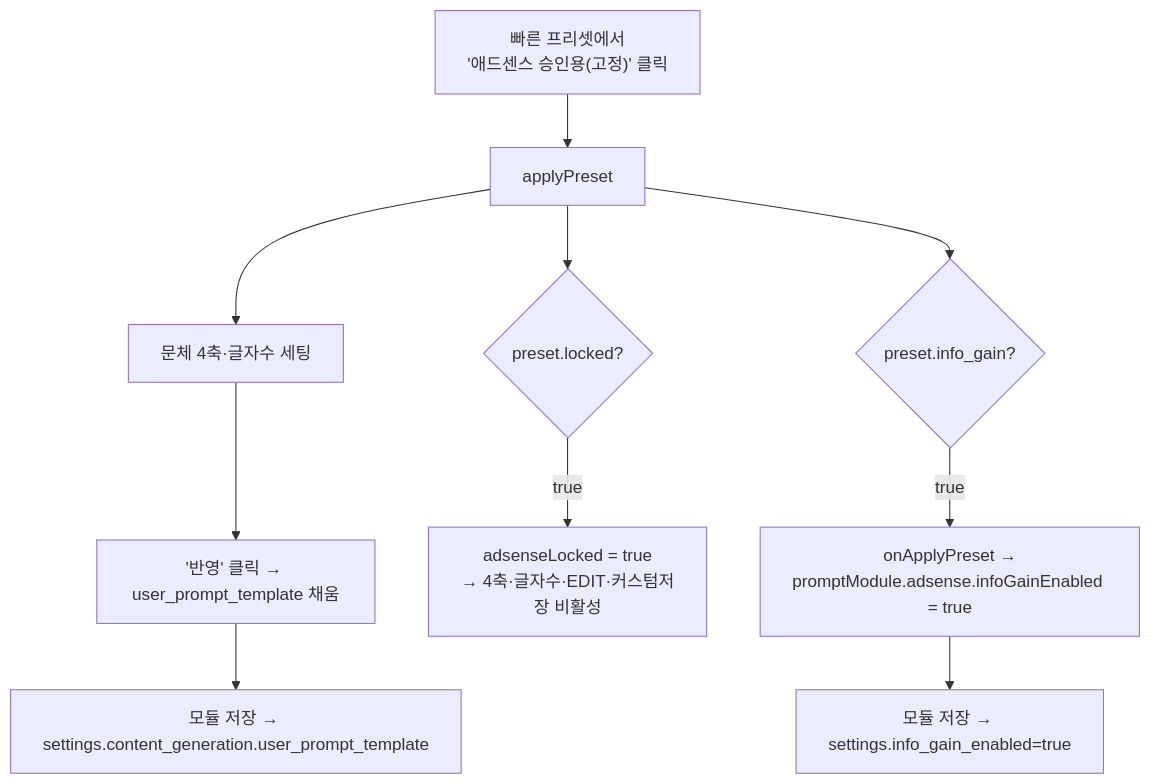
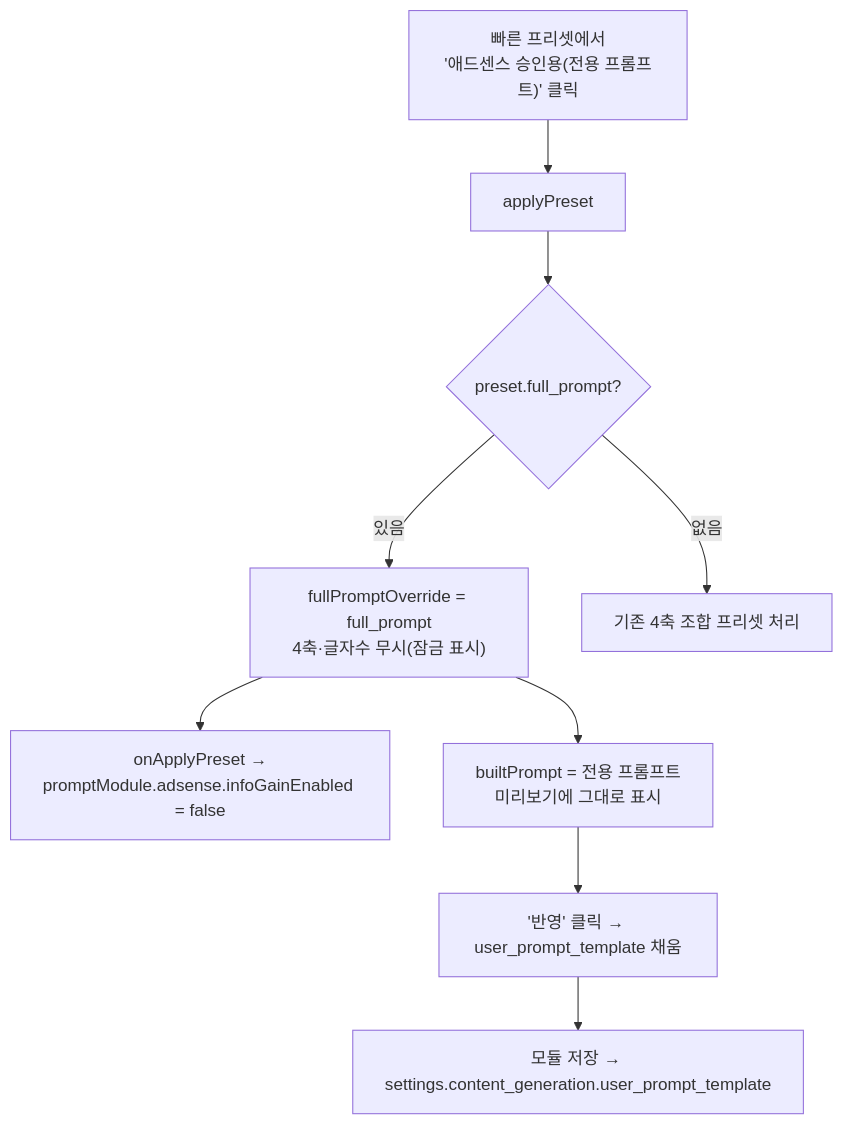
One commit to jteen-lab/blogauto_v2 changed the diagram in services/republish/docs/flowcharts/adsense_f11_prompt_preset.md. Above: the diagram before and after it, drawn with Mermaid. The commit also changed other lines of this file and 1 other file, not shown here.

Commit message:
docs(adsense): F11 전용 프롬프트 방식으로 순서도·계획서 갱신

````diff
--- a/services/republish/docs/flowcharts/adsense_f11_prompt_preset.md
+++ b/services/republish/docs/flowcharts/adsense_f11_prompt_preset.md
@@ -30,12 +32,11 @@
 ```mermaid
 flowchart TD
-    A["빠른 프리셋에서<br/>'애드센스 승인용(고정)' 클릭"] --> B[applyPreset]
-    B --> C[문체 4축·글자수 세팅]
-    B --> D{preset.info_gain?}
-    D -->|true| E["onApplyPreset →<br/>promptModule.adsense.infoGainEnabled = true"]
-    B --> F{preset.locked?}
-    F -->|true| G["adsenseLocked = true<br/>→ 4축·글자수·EDIT·커스텀저장 비활성"]
-    C --> H["'반영' 클릭 → user_prompt_template 채움"]
-    H --> I[모듈 저장 → settings.content_generation.user_prompt_template]
-    E --> J[모듈 저장 → settings.info_gain_enabled=true]
+    A["빠른 프리셋에서<br/>'애드센스 승인용(전용 프롬프트)' 클릭"] --> B[applyPreset]
+    B --> C{preset.full_prompt?}
+    C -->|있음| D["fullPromptOverride = full_prompt<br/>4축·글자수 무시(잠금 표시)"]
+    D --> E["onApplyPreset →<br/>promptModule.adsense.infoGainEnabled = false"]
+    D --> F["builtPrompt = 전용 프롬프트<br/>미리보기에 그대로 표시"]
+    F --> G["'반영' 클릭 → user_prompt_template 채움"]
+    G --> H[모듈 저장 → settings.content_generation.user_prompt_template]
+    C -->|없음| I[기존 4축 조합 프리셋 처리]
 ```
````
